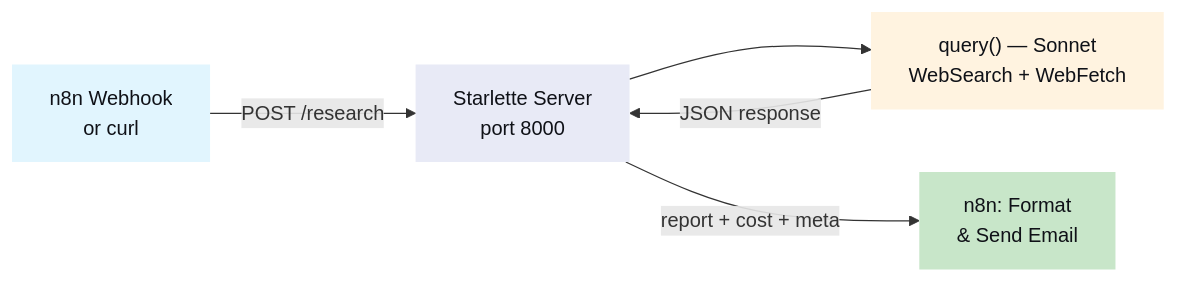
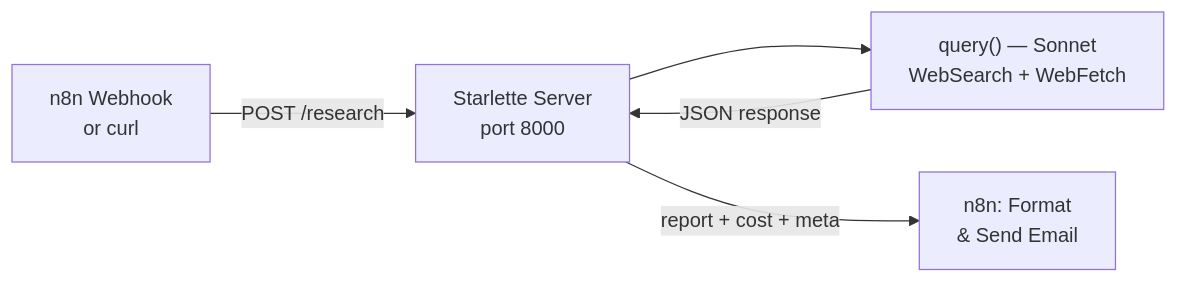
One commit to mj-deving/managed-agents-research changed the third of 5 diagrams in README.md. Above: the diagram before and after it, drawn with Mermaid. The commit also changed other lines of this file and 1 other file, not shown here.

Commit message:
docs: add MIT license, license badge, remove custom Mermaid colors (use GitHub defaults)

````diff
--- a/README.md
+++ b/README.md
@@ -217,12 +207,8 @@
 ```mermaid
 flowchart LR
     A["n8n Webhook\nor curl"] -->|"POST /research"| B["Starlette Server\nport 8000"]
     B --> C["query() — Sonnet\nWebSearch + WebFetch"]
     C -->|"JSON response"| B
     B -->|"report + cost + meta"| D["n8n: Format\n& Send Email"]
 
-    style A fill:#e1f5fe,color:#0f1117,stroke:none
-    style B fill:#e8eaf6,color:#0f1117,stroke:none
-    style C fill:#fff3e0,color:#0f1117,stroke:none
-    style D fill:#c8e6c9,color:#0f1117,stroke:none
 ```
````
